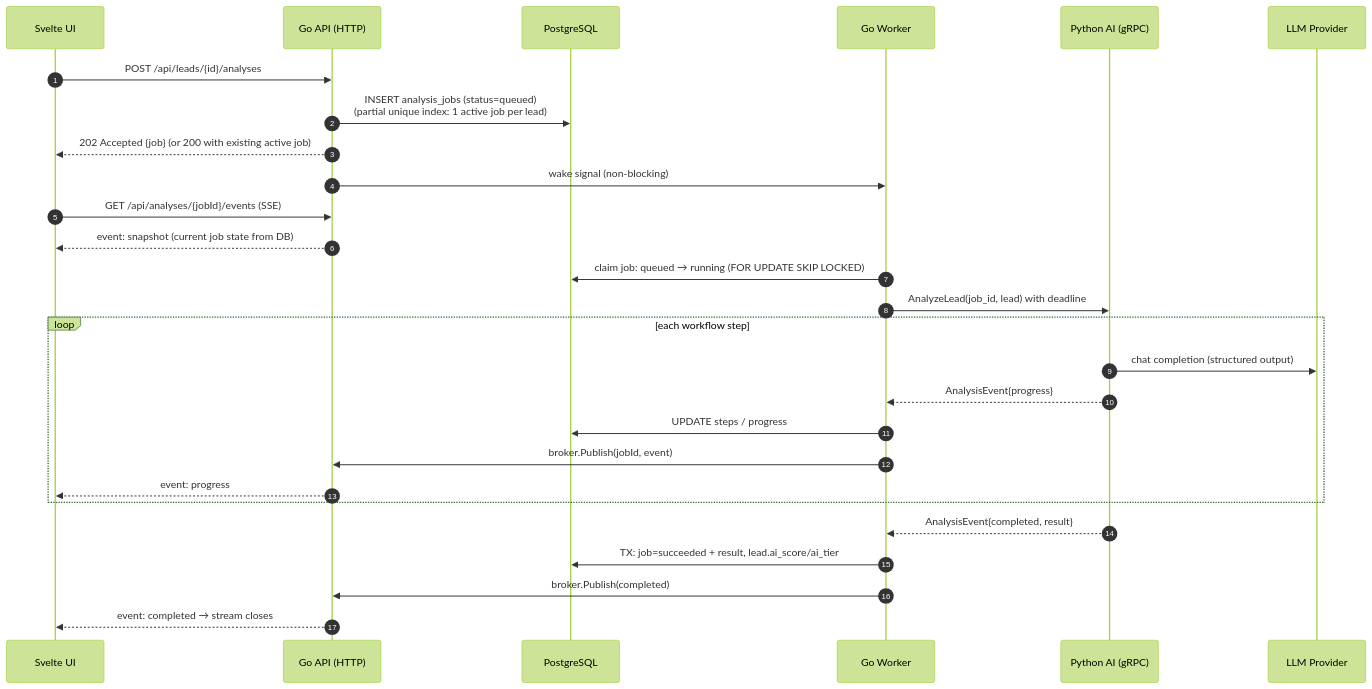
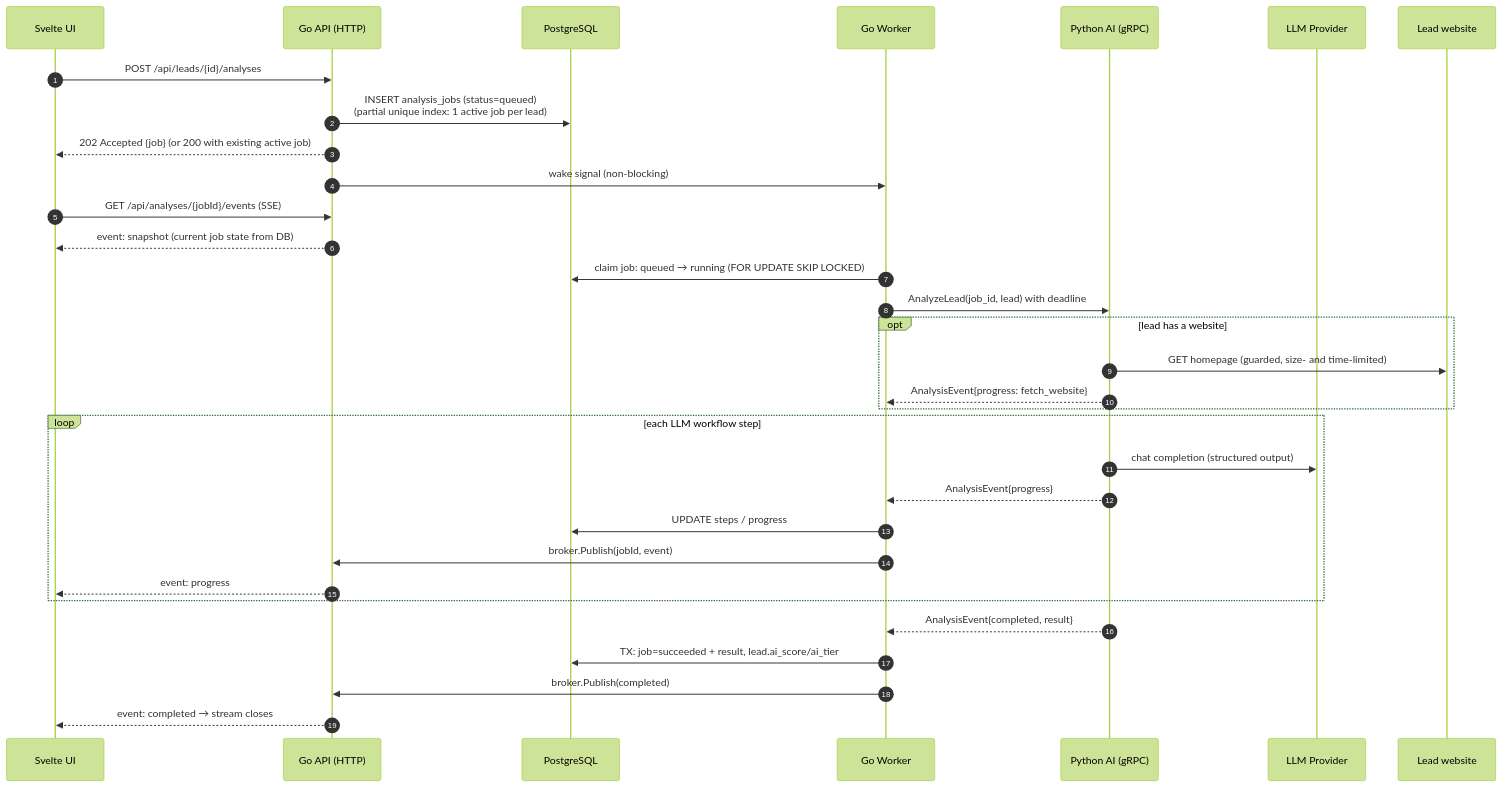
Before and after one commit to zori7/lead-intelligence-platform: the second of 5 diagrams in SPEC.md, drawn with Mermaid (forest theme). The commit also changed other lines of this file and 1 other file, not shown here.

First line of the commit message:
Ground company insights in the lead's website

````diff
--- a/SPEC.md
+++ b/SPEC.md
@@ -109,30 +113,35 @@
 ```mermaid
 sequenceDiagram
     autonumber
     participant UI as Svelte UI
     participant API as Go API (HTTP)
     participant DB as PostgreSQL
     participant W as Go Worker
     participant AI as Python AI (gRPC)
     participant LLM as LLM Provider
+    participant WEB as Lead website
 
     UI->>API: POST /api/leads/{id}/analyses
     API->>DB: INSERT analysis_jobs (status=queued)<br/>(partial unique index: 1 active job per lead)
     API-->>UI: 202 Accepted {job} (or 200 with existing active job)
     API->>W: wake signal (non-blocking)
     UI->>API: GET /api/analyses/{jobId}/events (SSE)
     API-->>UI: event: snapshot (current job state from DB)
     W->>DB: claim job: queued → running (FOR UPDATE SKIP LOCKED)
     W->>AI: AnalyzeLead(job_id, lead) with deadline
-    loop each workflow step
+    opt lead has a website
+        AI->>WEB: GET homepage (guarded, size- and time-limited)
+        AI-->>W: AnalysisEvent{progress: fetch_website}
+    end
+    loop each LLM workflow step
         AI->>LLM: chat completion (structured output)
         AI-->>W: AnalysisEvent{progress}
         W->>DB: UPDATE steps / progress
         W->>API: broker.Publish(jobId, event)
         API-->>UI: event: progress
     end
     AI-->>W: AnalysisEvent{completed, result}
     W->>DB: TX: job=succeeded + result, lead.ai_score/ai_tier
     W->>API: broker.Publish(completed)
     API-->>UI: event: completed → stream closes
 ```
````
